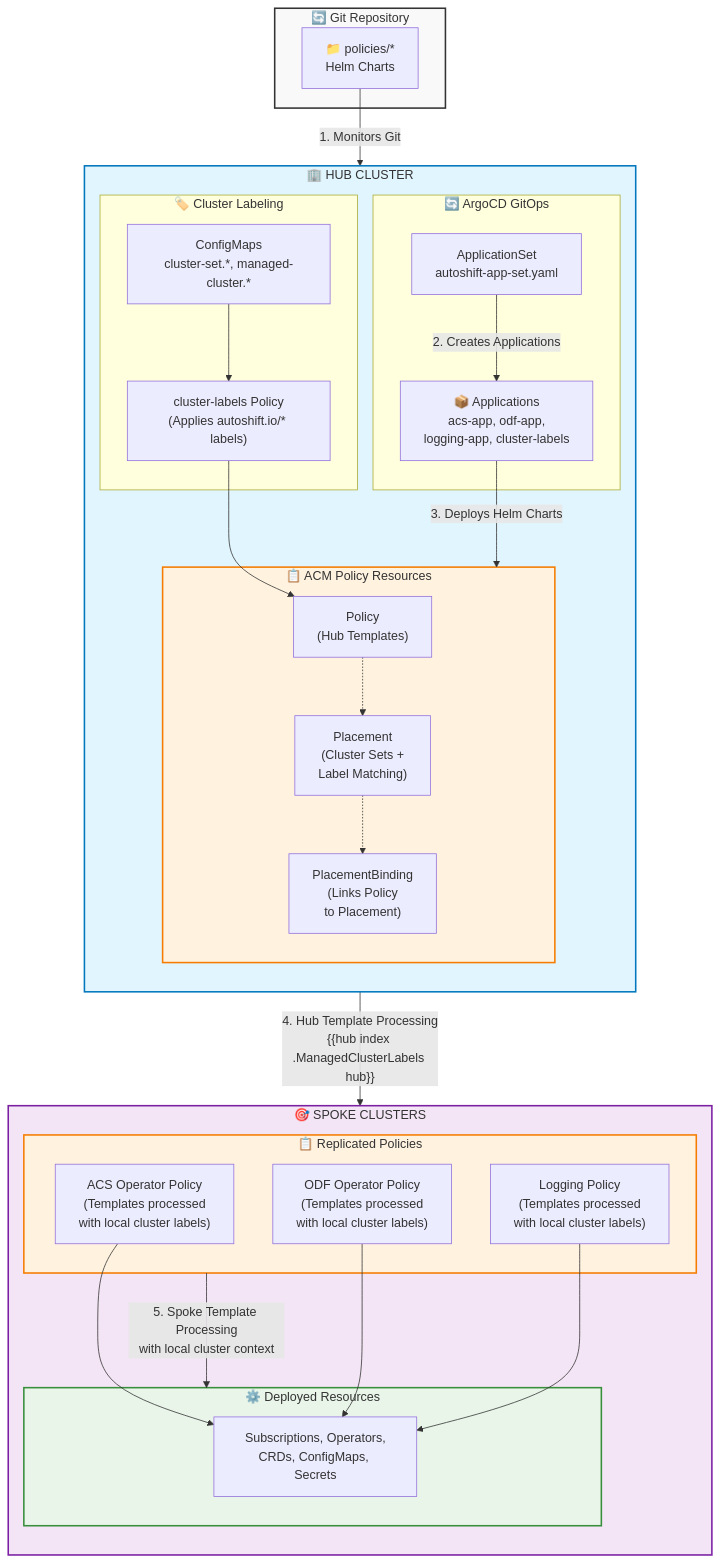
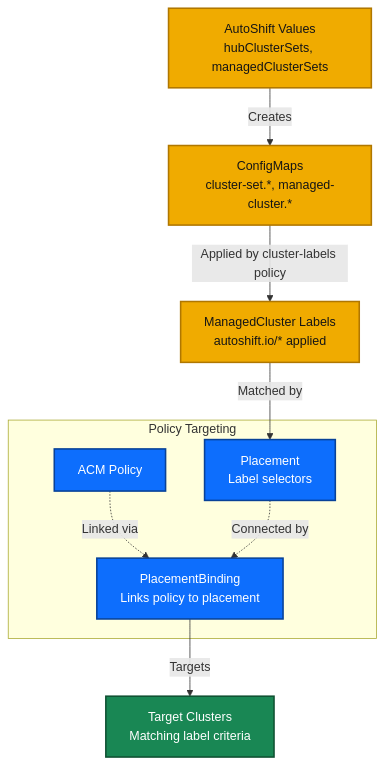
Before and after one commit to auto-shift/autoshiftv2: the third of 4 diagrams in README-DEVELOPER.md, drawn with Mermaid. The commit also changed other lines of this file, not shown here.

Commit message:
splitting into multiple diagrams for clarity

````diff
--- a/README-DEVELOPER.md
+++ b/README-DEVELOPER.md
@@ -44,69 +95,29 @@
 ```mermaid
 flowchart TD
-    subgraph Git ["🔄 Git Repository"]
-        Repo["📁 policies/*<br/>Helm Charts"]
+    Values[AutoShift Values<br/>hubClusterSets, managedClusterSets]
+    ConfigMaps[ConfigMaps<br/>cluster-set.*, managed-cluster.*]
+    ClusterLabels[ManagedCluster Labels<br/>autoshift.io/* applied]
+
+    subgraph Targeting [Policy Targeting]
+        Policy[ACM Policy]
+        Placement[Placement<br/>Label selectors]
+        Binding[PlacementBinding<br/>Links policy to placement]
     end
 
-    subgraph Hub ["🏢 HUB CLUSTER"]
-        direction TB
+    Clusters[Target Clusters<br/>Matching label criteria]
 
-        subgraph ArgoCD ["🔄 ArgoCD GitOps"]
-            AppSet["ApplicationSet<br/>autoshift-app-set.yaml"]
-            Apps["📦 Applications<br/>acs-app, odf-app,<br/>logging-app, cluster-labels"]
-        end
+    Values -->|Creates| ConfigMaps
+    ConfigMaps -->|Applied by cluster-labels policy| ClusterLabels
+    ClusterLabels -->|Matched by| Placement
+    Policy -.->|Linked via| Binding
+    Placement -.->|Connected by| Binding
+    Binding -->|Targets| Clusters
 
-        subgraph HubPolicies ["📋 ACM Policy Resources"]
-            Policy["Policy<br/>(Hub Templates)"]
-            Placement["Placement<br/>(Cluster Sets +<br/>Label Matching)"]
-            PlacementBinding["PlacementBinding<br/>(Links Policy<br/>to Placement)"]
-        end
+    classDef config fill:#f0ab00,stroke:#b07700,stroke-width:2px,color:#151515
+    classDef policy fill:#0d6efd,stroke:#084298,stroke-width:2px,color:#ffffff
+    classDef target fill:#198754,stroke:#0f5132,stroke-width:2px,color:#ffffff
 
-        subgraph HubLabels ["🏷️ Cluster Labeling"]
-            ConfigMaps["ConfigMaps<br/>cluster-set.*, managed-cluster.*"]
-            ClusterLabelsPolicy["cluster-labels Policy<br/>(Applies autoshift.io/* labels)"]
-        end
-
-        Policy -.-> Placement
-        Placement -.-> PlacementBinding
-        ConfigMaps --> ClusterLabelsPolicy
-        ClusterLabelsPolicy --> Policy
-    end
-
-    subgraph Spoke ["🎯 SPOKE CLUSTERS"]
-        direction TB
-
-        subgraph SpokePolicies ["📋 Replicated Policies"]
-            SpokePolicy1["ACS Operator Policy<br/>(Templates processed<br/>with local cluster labels)"]
-            SpokePolicy2["ODF Operator Policy<br/>(Templates processed<br/>with local cluster labels)"]
-            SpokePolicy3["Logging Policy<br/>(Templates processed<br/>with local cluster labels)"]
-        end
-
-        subgraph Resources ["⚙️ Deployed Resources"]
-            Operators["Subscriptions, Operators,<br/>CRDs, ConfigMaps, Secrets"]
-        end
-
-        SpokePolicy1 --> Operators
-        SpokePolicy2 --> Operators
-        SpokePolicy3 --> Operators
-    end
-
-    %% Flow connections
-    Repo -->|"1. Monitors Git"| AppSet
-    AppSet -->|"2. Creates Applications"| Apps
-    Apps -->|"3. Deploys Helm Charts"| HubPolicies
-    HubPolicies -->|"4. Hub Template Processing<br/>{{hub index .ManagedClusterLabels hub}}"| SpokePolicies
-    SpokePolicies -->|"5. Spoke Template Processing<br/>with local cluster context"| Resources
-
-    %% Styling
-    classDef gitStyle fill:#f9f9f9,stroke:#333,stroke-width:2px
-    classDef hubStyle fill:#e1f5fe,stroke:#0277bd,stroke-width:2px
-    classDef spokeStyle fill:#f3e5f5,stroke:#7b1fa2,stroke-width:2px
-    classDef policyStyle fill:#fff3e0,stroke:#f57c00,stroke-width:2px
-    classDef resourceStyle fill:#e8f5e8,stroke:#388e3c,stroke-width:2px
-
-    class Git gitStyle
-    class Hub hubStyle
-    class Spoke spokeStyle
-    class HubPolicies,SpokePolicies policyStyle
-    class Resources resourceStyle
+    class Values,ConfigMaps,ClusterLabels config
+    class Policy,Placement,Binding policy
+    class Clusters target
 ```
````
